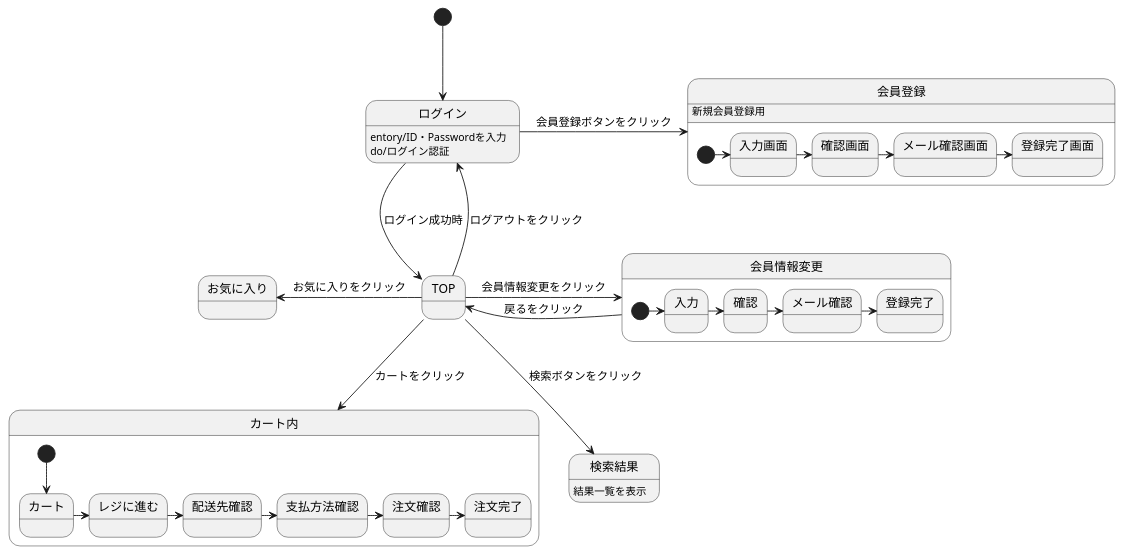
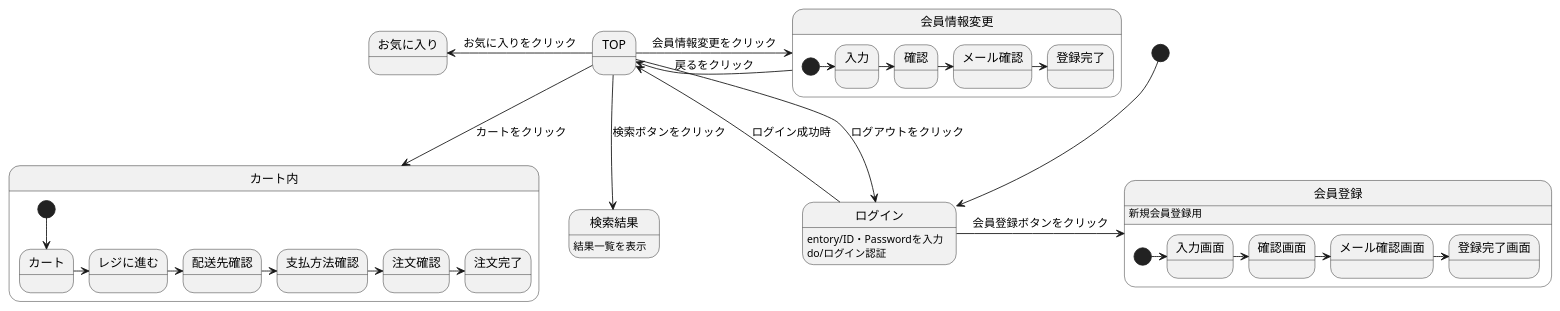
One commit to Aso2101121/2021sys-design-2 changed the diagram in チーム開発/画面遷移.md. Above: the diagram before and after it, drawn with PlantUML.

````diff
--- a/チーム開発/画面遷移.md
+++ b/チーム開発/画面遷移.md
@@ -1,42 +1,42 @@
 ```uml
 @startuml
 [*]      -down->   ログイン 
 ログイン  -down->   TOP: ログイン成功時
 ログイン: entory/ID・Passwordを入力
 ログイン: do/ログイン認証
 ログイン  -right->   会員登録: 会員登録ボタンをクリック
 会員登録: 新規会員登録用
 TOP      -right->   会員情報変更: 会員情報変更をクリック
 会員情報変更  ->    TOP: 戻るをクリック
 TOP       -down->  カート内: カートをクリック
-TOP       -up->    ログイン: ログアウトをクリック
+TOP       -->    ログイン: ログアウトをクリック
 TOP       -left->  お気に入り: お気に入りをクリック
 TOP      -down->   検索結果: 検索ボタンをクリック
 検索結果: 結果一覧を表示
 
 
 state 会員登録{
  [*]     ->  入力画面
  入力画面     ->  確認画面
  確認画面    ->  メール確認画面
  メール確認画面 -> 登録完了画面
 }
 
 state 会員情報変更{
  [*]     ->  入力
  入力     ->  確認
  確認     ->  メール確認
  メール確認 -> 登録完了
 }
 
 state カート内{
  [*]    -->    カート
  カート  ->    レジに進む
  レジに進む  ->  配送先確認
  配送先確認 ->   支払方法確認
  支払方法確認 -> 注文確認
  注文確認 ->  注文完了
 }
 
 @enduml
 ```
````
